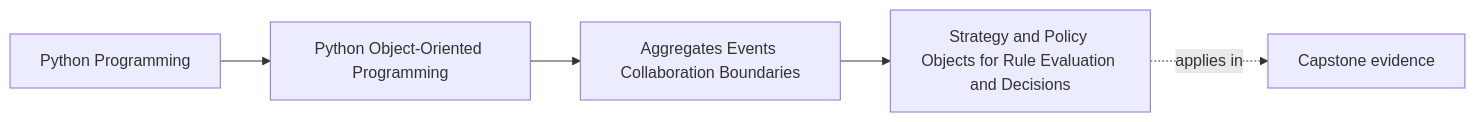
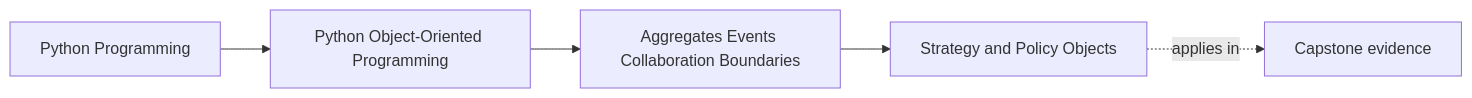
Before and after one commit to bijux/bijux-masterclass: the first of 2 diagrams in programs/python-programming/python-object-oriented-programming/course-book/module-04-aggregates-events-collaboration-boundaries/strategy-and-policy-objects.md, drawn with Mermaid. The commit also changed other lines of this file, not shown here.

````diff
--- a/programs/python-programming/python-object-oriented-programming/course-book/module-04-aggregates-events-collaboration-boundaries/strategy-and-policy-objects.md
+++ b/programs/python-programming/python-object-oriented-programming/course-book/module-04-aggregates-events-collaboration-boundaries/strategy-and-policy-objects.md
@@ -7,11 +6,11 @@
 ```mermaid
 graph LR
   family["Python Programming"]
   program["Python Object-Oriented Programming"]
   section["Aggregates Events Collaboration Boundaries"]
-  page["Strategy and Policy Objects for Rule Evaluation and Decisions"]
+  page["Strategy and Policy Objects"]
   capstone["Capstone evidence"]
 
   family --> program --> section --> page
   page -.applies in.-> capstone
 ```
````
